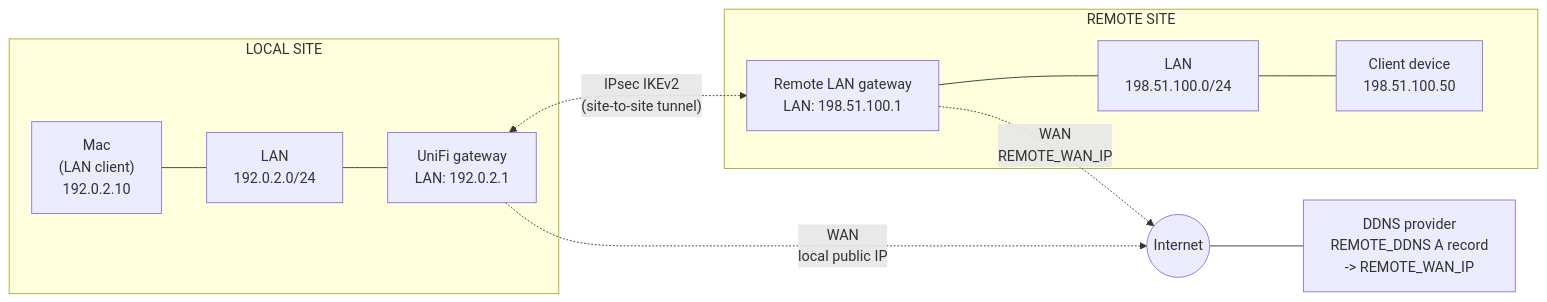
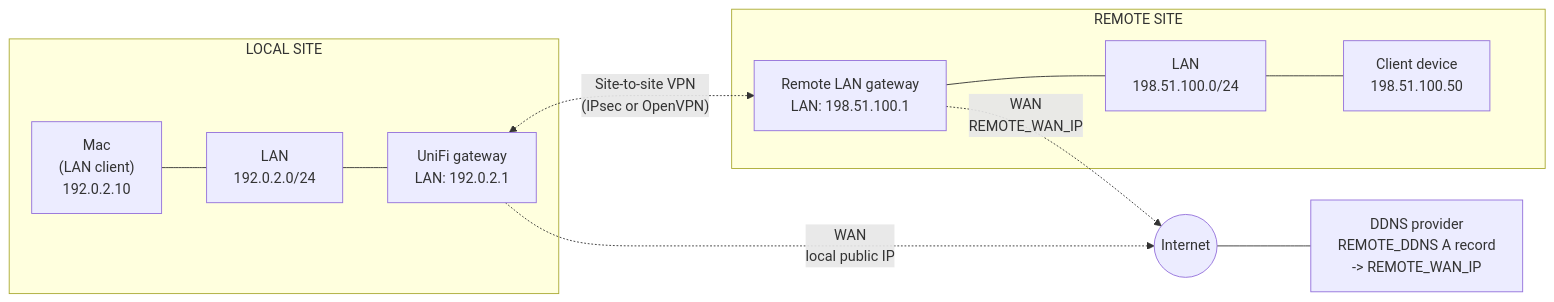
One commit to roto31/UniFi-Tunnel-Monitor changed the fifth of 7 diagrams in docs/architecture.md. Above: the diagram before and after it, drawn with Mermaid. The commit also changed other lines of this file and 15 other files, not shown here.

First line of the commit message:
docs: add public guides, diagrams, OpenVPN/WAN Guard runbooks

````diff
--- a/docs/architecture.md
+++ b/docs/architecture.md
@@ -203,27 +229,27 @@
 ```mermaid
 flowchart LR
     subgraph LOCAL["LOCAL SITE"]
         MAC_DEV["Mac<br/>(LAN client)<br/>192.0.2.10"]
         LAN_LOCAL["LAN<br/>192.0.2.0/24"]
         ROUTER_LOCAL["UniFi gateway<br/>LAN: 192.0.2.1"]
 
         MAC_DEV --- LAN_LOCAL
         LAN_LOCAL --- ROUTER_LOCAL
     end
 
     subgraph REMOTE["REMOTE SITE"]
         REMOTE_GW["Remote LAN gateway<br/>LAN: 198.51.100.1"]
         LAN_REMOTE["LAN<br/>198.51.100.0/24"]
         REMOTE_DEV["Client device<br/>198.51.100.50"]
 
         REMOTE_GW --- LAN_REMOTE
         LAN_REMOTE --- REMOTE_DEV
     end
 
-    ROUTER_LOCAL <-. "IPsec IKEv2<br/>(site-to-site tunnel)" .-> REMOTE_GW
+    ROUTER_LOCAL <-. "Site-to-site VPN<br/>(IPsec or OpenVPN)" .-> REMOTE_GW
     ROUTER_LOCAL -. "WAN<br/>local public IP" .-> INTERNET((Internet))
     REMOTE_GW    -. "WAN<br/>REMOTE_WAN_IP" .-> INTERNET
 
     DDNS["DDNS provider<br/>REMOTE_DDNS A record<br/>-> REMOTE_WAN_IP"]
     INTERNET --- DDNS
 ```
````
